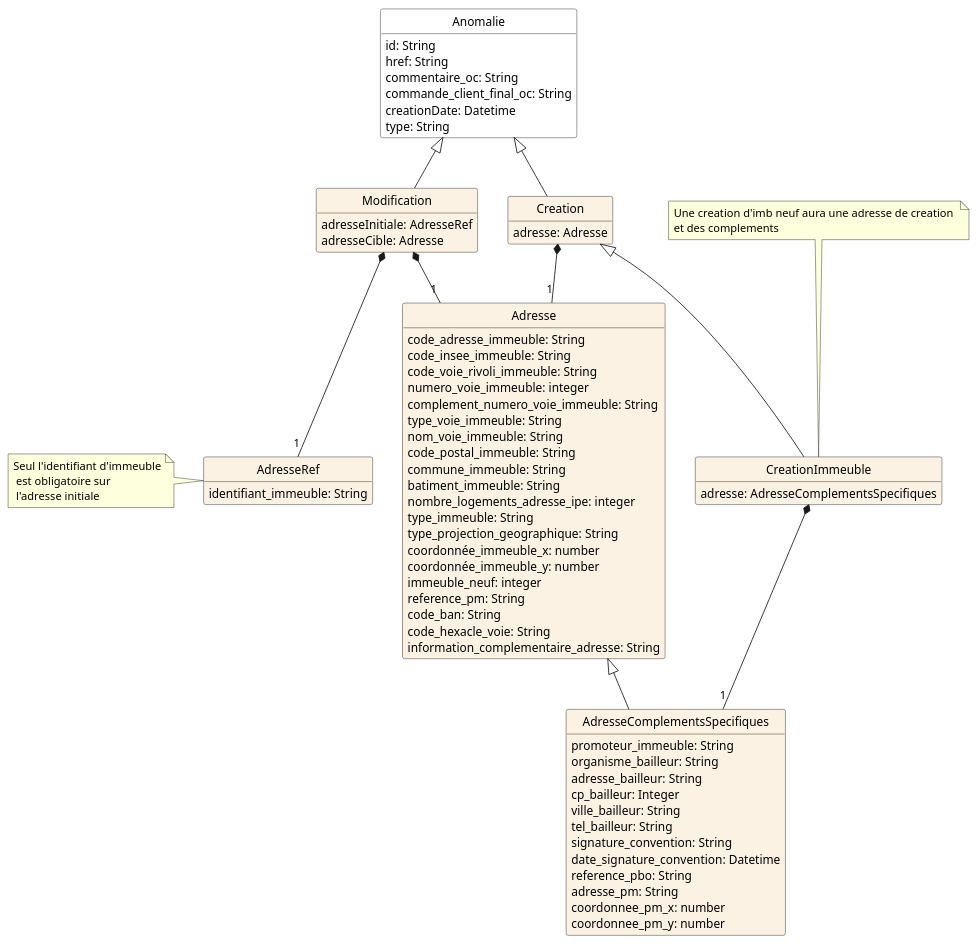
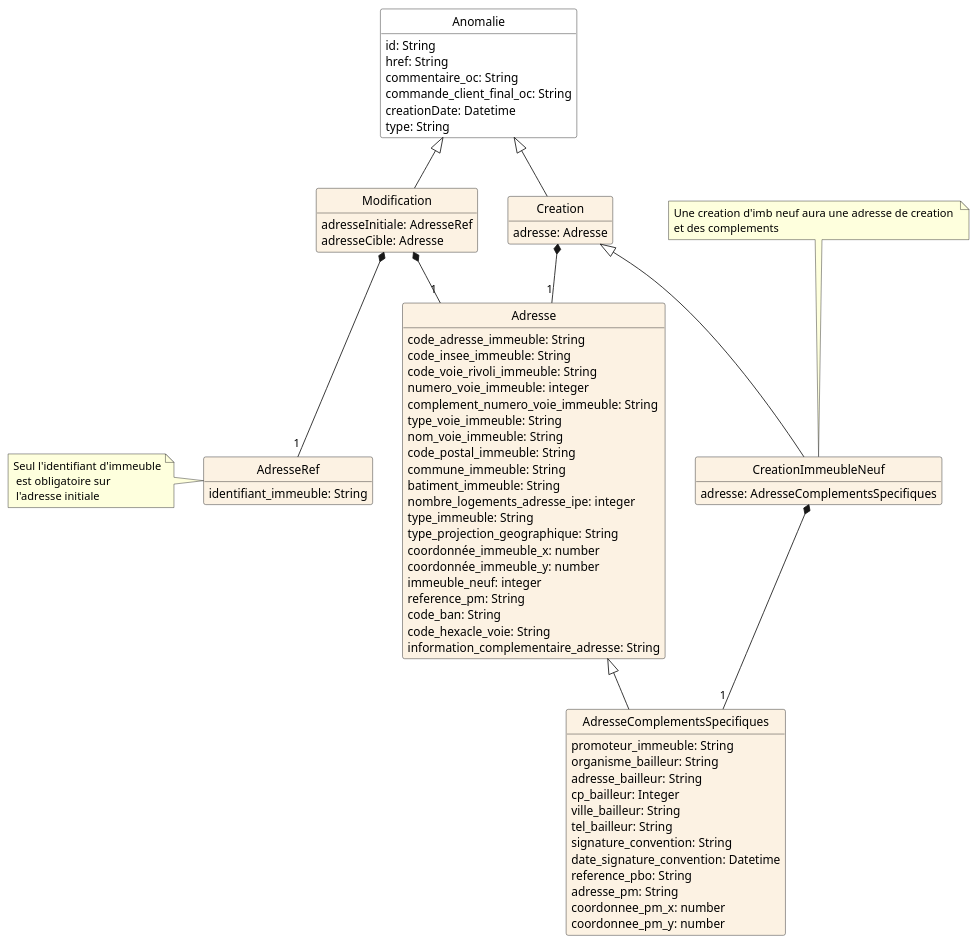
One commit to before-interop/anomalieAdresse changed the diagram in model.puml. Above: the diagram before and after it, drawn with PlantUML. The commit also changed 5 other files, not shown here.

Commit message:
docs: Prise en compte des retours du GT de Janvier 2022 - Déplacement des images dans un répertoire - Renommage de l'objet CreationImmeuble en CreationImmeublNeuf - Ajout du cyle de vie du ticket, propre au traitement du ticket Anomalie

```diff
--- a/model.puml
+++ b/model.puml
@@ -1,92 +1,92 @@
 @startuml
 hide circle
 hide methods
 hide stereotype
 show <<Enumeration>> stereotype
 skinparam class {
    BackgroundColor<<Enumeration>> #E6F5F7
    BackgroundColor<<Ref>> #FFFFE0
    BackgroundColor<<Pivot>> #FFFFFFF
    BackgroundColor #FCF2E3
 }
 
 class Anomalie <<Pivot>> {
     id: String
     href: String
     commentaire_oc: String
     commande_client_final_oc: String
     creationDate: Datetime
     type: String
 }
 
 class Creation {
     adresse: Adresse
 }
 Anomalie <|-- Creation
 
 class Modification {
     adresseInitiale: AdresseRef
     adresseCible: Adresse
 }
 Anomalie <|-- Modification
 
 class Adresse {
     code_adresse_immeuble: String
     code_insee_immeuble: String
     code_voie_rivoli_immeuble: String
     numero_voie_immeuble: integer
     complement_numero_voie_immeuble: String
     type_voie_immeuble: String
     nom_voie_immeuble: String
     code_postal_immeuble: String
     commune_immeuble: String
     batiment_immeuble: String
     nombre_logements_adresse_ipe: integer
     type_immeuble: String
     type_projection_geographique: String
     coordonnée_immeuble_x: number
     coordonnée_immeuble_y: number
     immeuble_neuf: integer
     reference_pm: String
     code_ban: String
     code_hexacle_voie: String
     information_complementaire_adresse: String
 }
 
 Adresse <|-- AdresseComplementsSpecifiques
 
 class AdresseRef {
     identifiant_immeuble: String
 }
 note left: Seul l'identifiant d'immeuble\n est obligatoire sur \n l'adresse initiale
 
 
 Creation *-- "1" Adresse
 
-class CreationImmeuble {
+class CreationImmeubleNeuf {
 adresse: AdresseComplementsSpecifiques
 }
-CreationImmeuble *-- "1" AdresseComplementsSpecifiques
+CreationImmeubleNeuf *-- "1" AdresseComplementsSpecifiques
 
 note top: Une creation d'imb neuf aura une adresse de creation \net des complements
-Creation <|-- CreationImmeuble
+Creation <|-- CreationImmeubleNeuf
 
 Modification *-- "1" Adresse
 Modification *-- "1" AdresseRef
 
 class AdresseComplementsSpecifiques {
     promoteur_immeuble: String
     organisme_bailleur: String
     adresse_bailleur: String
     cp_bailleur: Integer
     ville_bailleur: String
     tel_bailleur: String
     signature_convention: String
     date_signature_convention: Datetime
     reference_pbo: String
     adresse_pm: String
     coordonnee_pm_x: number
     coordonnee_pm_y: number
 }
 
 @enduml
```
